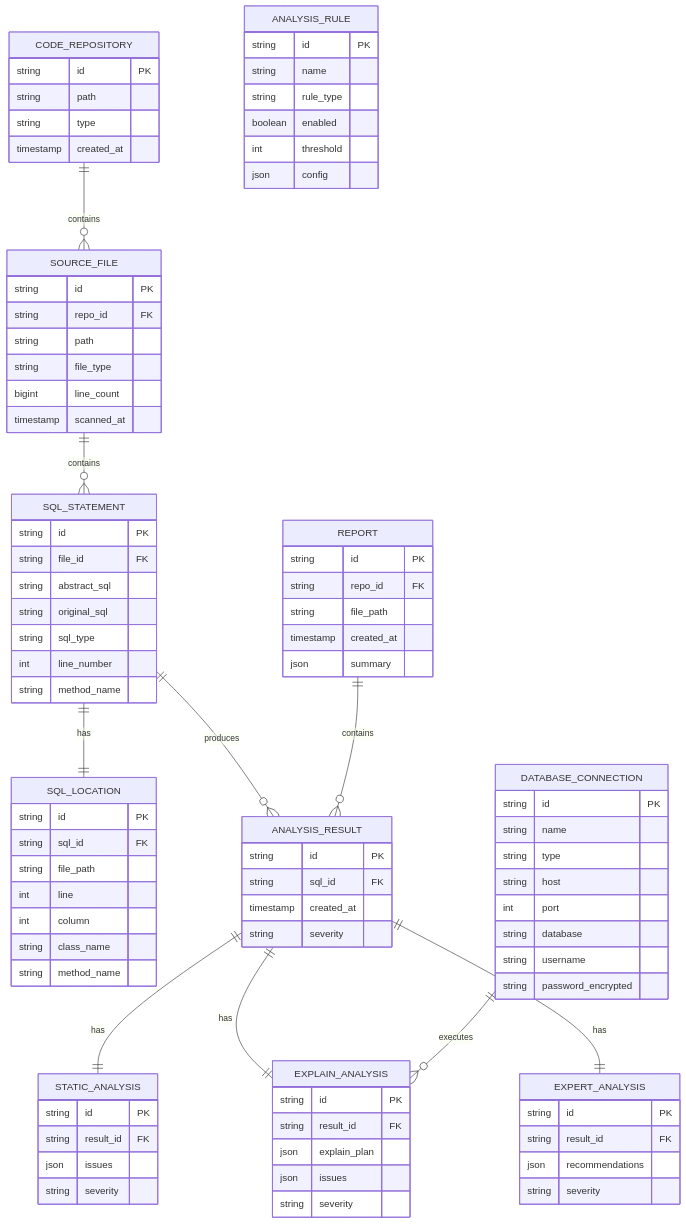
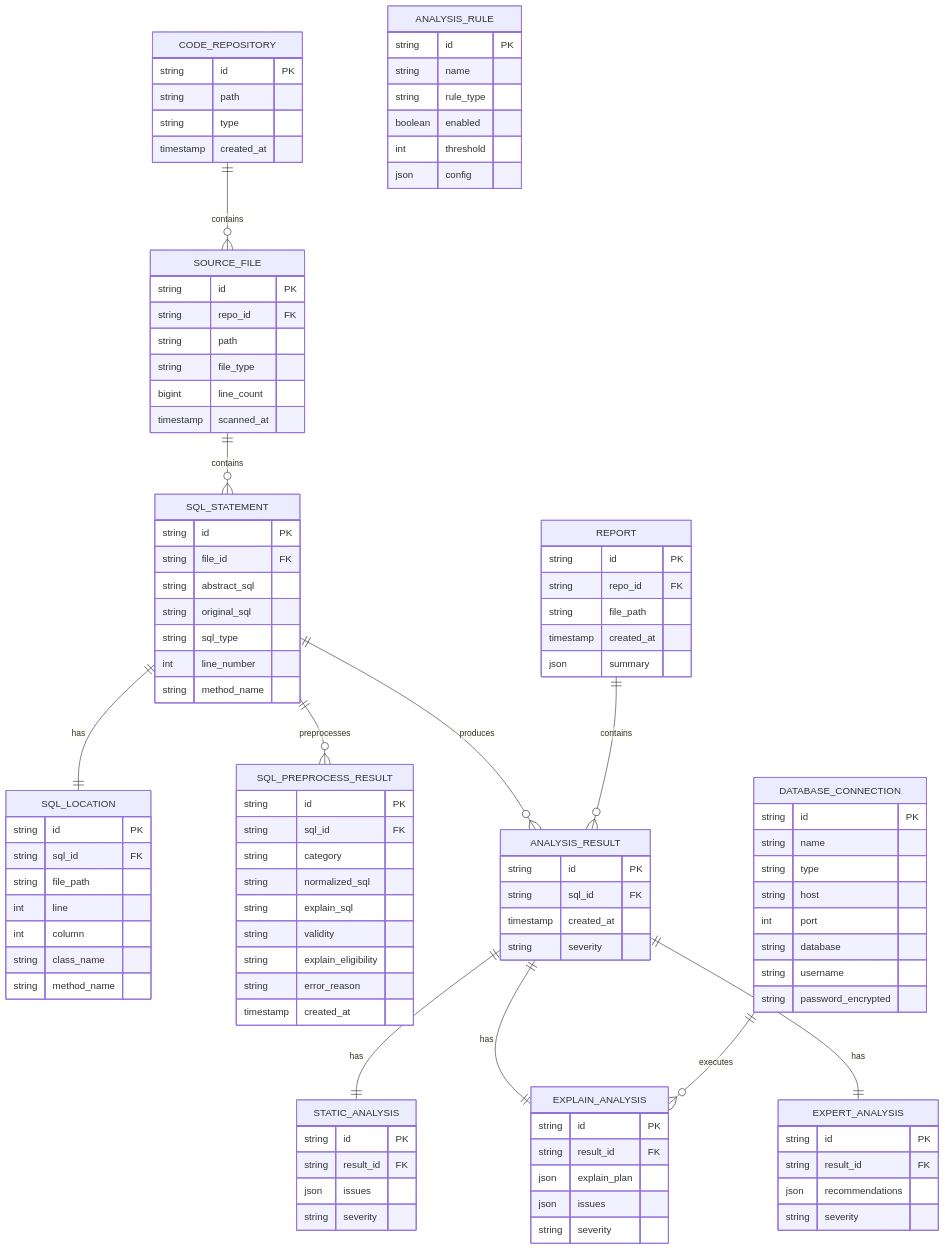
One commit to pellaci/specturm-sql-cc changed the eighth of 10 diagrams in docs/sql-checker-add.md. Above: the diagram before and after it, drawn with Mermaid. The commit also changed other lines of this file and 111 other files, not shown here.

```diff
--- a/docs/sql-checker-add.md
+++ b/docs/sql-checker-add.md
@@ -671,6 +697,7 @@
     CODE_REPOSITORY ||--o{ SOURCE_FILE : contains
     SOURCE_FILE ||--o{ SQL_STATEMENT : contains
     SQL_STATEMENT ||--|| SQL_LOCATION : has
+    SQL_STATEMENT ||--o{ SQL_PREPROCESS_RESULT : preprocesses
     SQL_STATEMENT ||--o{ ANALYSIS_RESULT : produces
     ANALYSIS_RESULT ||--|| STATIC_ANALYSIS : has
     ANALYSIS_RESULT ||--|| EXPLAIN_ANALYSIS : has
@@ -712,6 +739,18 @@
         int column
         string class_name
         string method_name
+    }
+
+    SQL_PREPROCESS_RESULT {
+        string id PK
+        string sql_id FK
+        string category
+        string normalized_sql
+        string explain_sql
+        string validity
+        string explain_eligibility
+        string error_reason
+        timestamp created_at
     }
 
     ANALYSIS_RESULT {
```
